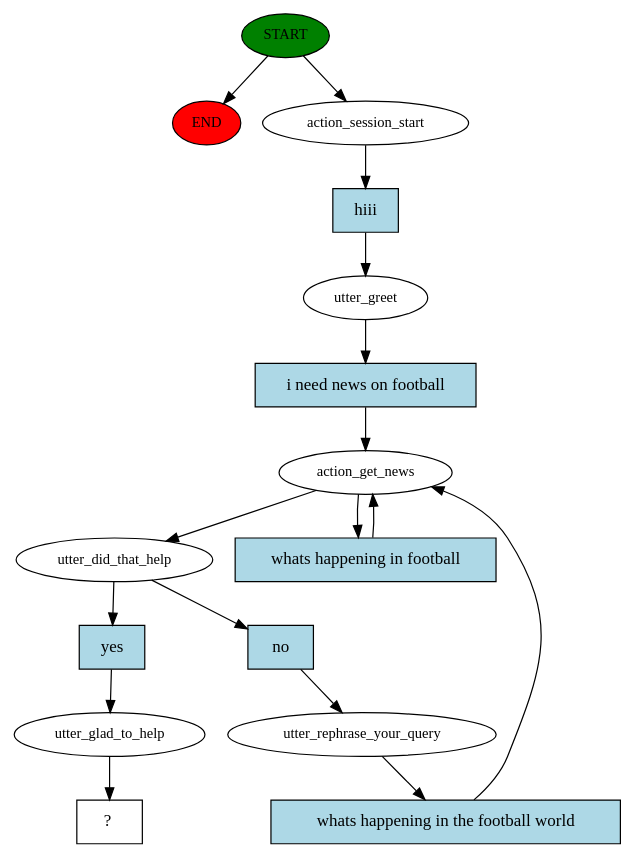
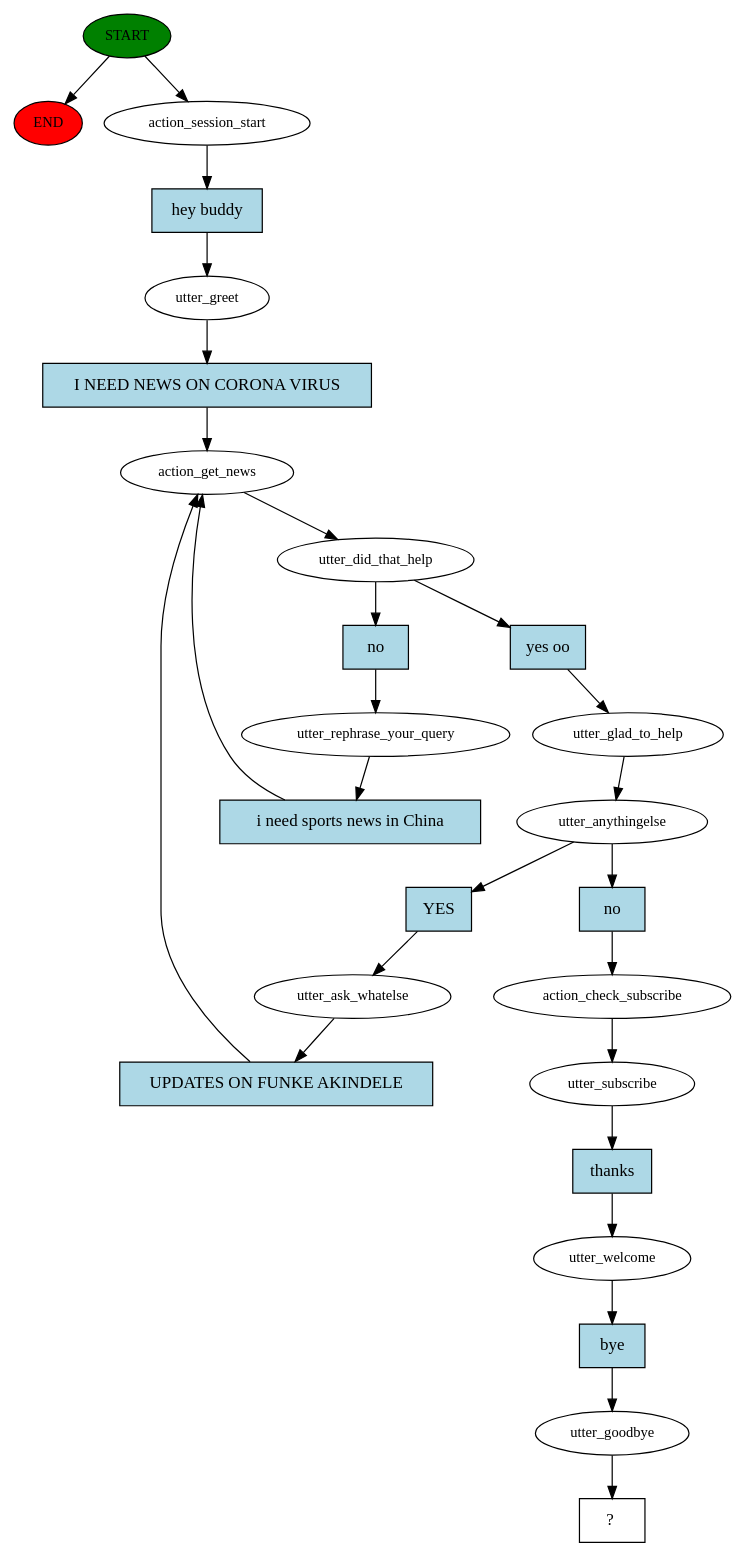
One commit to AyodejiIbimilua/jamisi-bot changed the diagram in story_graph.dot. Above: the diagram before and after it, drawn with Graphviz. The commit also changed 4 other files, not shown here.

```diff
--- a/story_graph.dot
+++ b/story_graph.dot
@@ -1,33 +1,53 @@
 digraph  {
 0 [class="start active", fillcolor=green, fontsize=12, label=START, style=filled];
 "-1" [class=end, fillcolor=red, fontsize=12, label=END, style=filled];
 1 [class=active, fontsize=12, label=action_session_start];
 2 [class=active, fontsize=12, label=utter_greet];
 3 [class=active, fontsize=12, label=action_get_news];
 4 [class=active, fontsize=12, label=utter_did_that_help];
-5 [class=active, fontsize=12, label=utter_rephrase_your_query];
-9 [class=active, fontsize=12, label=utter_glad_to_help];
-10 [class="intent dashed active", label="  ?  ", shape=rect];
-11 [class="intent active", fillcolor=lightblue, label=hiii, shape=rect, style=filled];
-12 [class="intent active", fillcolor=lightblue, label="i need news on football", shape=rect, style=filled];
-13 [class="intent active", fillcolor=lightblue, label="whats happening in football", shape=rect, style=filled];
-14 [class="intent active", fillcolor=lightblue, label=no, shape=rect, style=filled];
-15 [class="intent active", fillcolor=lightblue, label=yes, shape=rect, style=filled];
-16 [class="intent active", fillcolor=lightblue, label="whats happening in the football world", shape=rect, style=filled];
+5 [class=active, fontsize=12, label=utter_glad_to_help];
+6 [class=active, fontsize=12, label=utter_anythingelse];
+7 [class=active, fontsize=12, label=utter_ask_whatelse];
+10 [class=active, fontsize=12, label=utter_rephrase_your_query];
+15 [class=active, fontsize=12, label=action_check_subscribe];
+16 [class=active, fontsize=12, label=utter_subscribe];
+17 [class=active, fontsize=12, label=utter_welcome];
+18 [class=active, fontsize=12, label=utter_goodbye];
+19 [class="intent dashed active", label="  ?  ", shape=rect];
+20 [class="intent active", fillcolor=lightblue, label="hey buddy", shape=rect, style=filled];
+21 [class="intent active", fillcolor=lightblue, label="I NEED NEWS ON CORONA VIRUS", shape=rect, style=filled];
+22 [class="intent active", fillcolor=lightblue, label="yes oo", shape=rect, style=filled];
+23 [class="intent active", fillcolor=lightblue, label=no, shape=rect, style=filled];
+24 [class="intent active", fillcolor=lightblue, label=YES, shape=rect, style=filled];
+25 [class="intent active", fillcolor=lightblue, label=no, shape=rect, style=filled];
+26 [class="intent active", fillcolor=lightblue, label="UPDATES ON FUNKE AKINDELE", shape=rect, style=filled];
+27 [class="intent active", fillcolor=lightblue, label="i need sports news in China", shape=rect, style=filled];
+28 [class="intent active", fillcolor=lightblue, label=thanks, shape=rect, style=filled];
+29 [class="intent active", fillcolor=lightblue, label=bye, shape=rect, style=filled];
 0 -> "-1"  [class="", key=NONE, label=""];
 0 -> 1  [class=active, key=NONE, label=""];
-1 -> 11  [class=active, key=0];
-2 -> 12  [class=active, key=0];
+1 -> 20  [class=active, key=0];
+2 -> 21  [class=active, key=0];
 3 -> 4  [class=active, key=NONE, label=""];
-3 -> 13  [class=active, key=0];
-4 -> 14  [class=active, key=0];
-4 -> 15  [class=active, key=0];
-5 -> 16  [class=active, key=0];
-9 -> 10  [class=active, key=NONE, label=""];
-11 -> 2  [class=active, key=0];
-12 -> 3  [class=active, key=0];
-13 -> 3  [class=active, key=0];
-14 -> 5  [class=active, key=0];
-15 -> 9  [class=active, key=0];
-16 -> 3  [class=active, key=0];
+4 -> 22  [class=active, key=0];
+4 -> 23  [class=active, key=0];
+5 -> 6  [class=active, key=NONE, label=""];
+6 -> 24  [class=active, key=0];
+6 -> 25  [class=active, key=0];
+7 -> 26  [class=active, key=0];
+10 -> 27  [class=active, key=0];
+15 -> 16  [class=active, key=NONE, label=""];
+16 -> 28  [class=active, key=0];
+17 -> 29  [class=active, key=0];
+18 -> 19  [class=active, key=NONE, label=""];
+20 -> 2  [class=active, key=0];
+21 -> 3  [class=active, key=0];
+22 -> 5  [class=active, key=0];
+23 -> 10  [class=active, key=0];
+24 -> 7  [class=active, key=0];
+25 -> 15  [class=active, key=0];
+26 -> 3  [class=active, key=0];
+27 -> 3  [class=active, key=0];
+28 -> 17  [class=active, key=0];
+29 -> 18  [class=active, key=0];
 }
```
